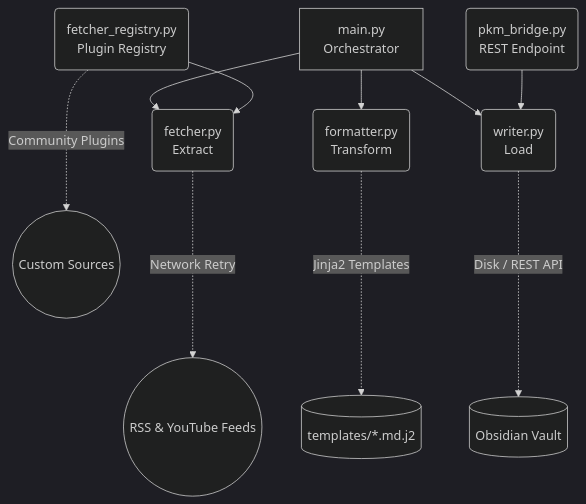
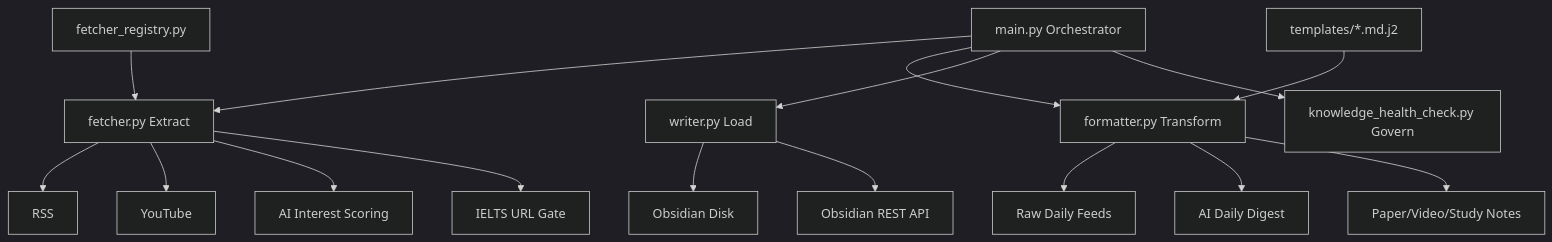
The diagram in README.md (haoran3160-afk/pkm_obsidian_workflow), drawn with Mermaid (dark theme) before and after one commit. The commit also changed other lines of this file and 1 other file, not shown here.

Commit message:
docs: rewrite README to open-source architecture standard

````diff
--- a/README.md
+++ b/README.md
@@ -25,13 +79,22 @@
 ```mermaid
 graph TD
-    A[main.py<br>Orchestrator] --> B(fetcher.py<br>Extract)
-    A --> C(formatter.py<br>Transform)
-    A --> D(writer.py<br>Load)
-    R(fetcher_registry.py<br>Plugin Registry) --> B
-    E(pkm_bridge.py<br>REST Endpoint) --> D
-    
-    B -..->|Network Retry| F((RSS & YouTube Feeds))
-    C -..->|Jinja2 Templates| T[(templates/*.md.j2)]
-    D -..->|Disk / REST API| G[(Obsidian Vault)]
-    R -..->|Community Plugins| P((Custom Sources))
+    A[main.py Orchestrator] --> B[fetcher.py Extract]
+    A --> C[formatter.py Transform]
+    A --> D[writer.py Load]
+    A --> H[knowledge_health_check.py Govern]
+
+    B --> B1[RSS]
+    B --> B2[YouTube]
+    B --> B3[AI Interest Scoring]
+    B --> B4[IELTS URL Gate]
+
+    C --> C1[Raw Daily Feeds]
+    C --> C2[AI Daily Digest]
+    C --> C3[Paper/Video/Study Notes]
+
+    D --> D1[Obsidian Disk]
+    D --> D2[Obsidian REST API]
+
+    R[fetcher_registry.py] --> B
+    T[templates/*.md.j2] --> C
 ```
````
